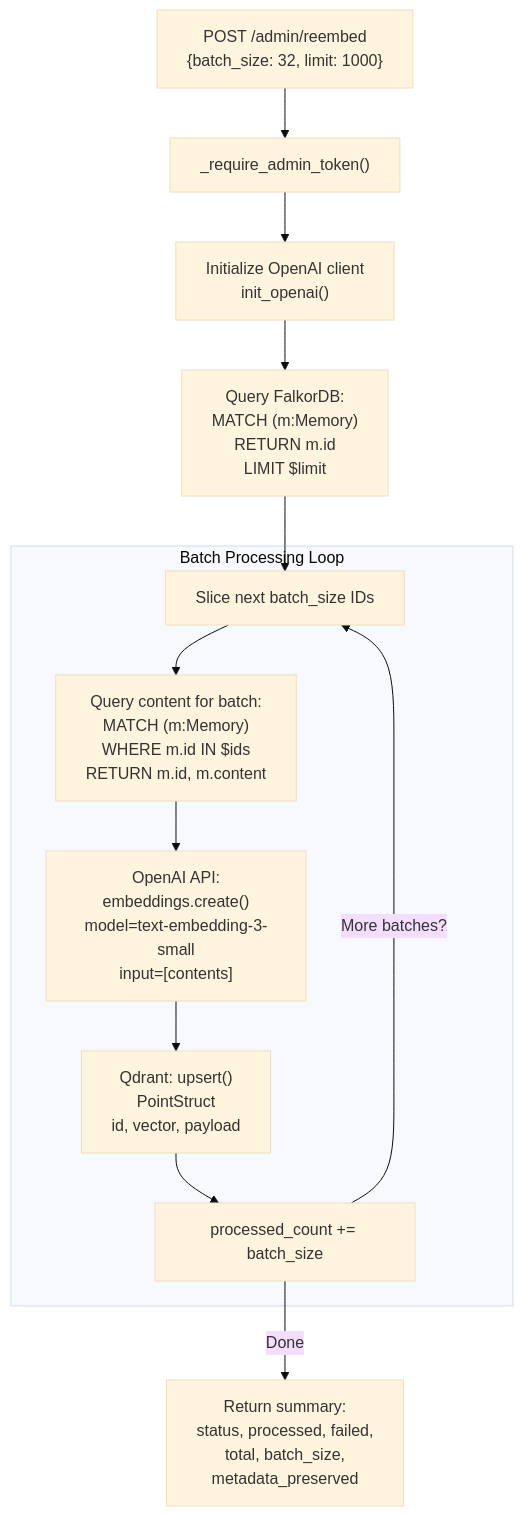
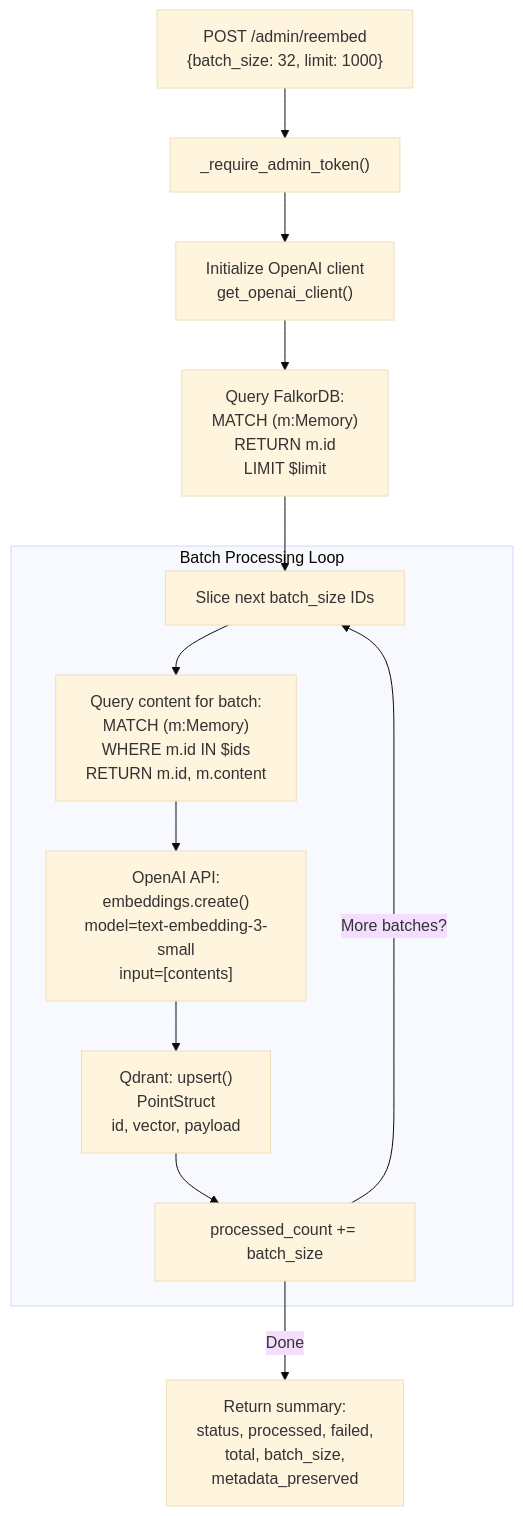
One commit to verygoodplugins/automem-website changed the third of 3 diagrams in src/content/docs/docs/reference/api/admin.md. Above: the diagram before and after it, drawn with Mermaid (base theme). The commit also changed other lines of this file, not shown here.

````diff
--- a/src/content/docs/docs/reference/api/admin.md
+++ b/src/content/docs/docs/reference/api/admin.md
@@ -240,32 +240,32 @@
 ```mermaid
 graph TB
     Request["POST /admin/reembed<br/>{batch_size: 32, limit: 1000}"]
     Auth["_require_admin_token()"]
-    Init["Initialize OpenAI client<br/>init_openai()"]
+    Init["Initialize OpenAI client<br/>get_openai_client()"]
 
     FetchIDs["Query FalkorDB:<br/>MATCH (m:Memory)<br/>RETURN m.id<br/>LIMIT $limit"]
 
     subgraph "Batch Processing Loop"
         Slice["Slice next batch_size IDs"]
         FetchContent["Query content for batch:<br/>MATCH (m:Memory)<br/>WHERE m.id IN $ids<br/>RETURN m.id, m.content"]
 
         CallOpenAI["OpenAI API:<br/>embeddings.create()<br/>model=text-embedding-3-small<br/>input=[contents]"]
 
         UpdateQdrant["Qdrant: upsert()<br/>PointStruct<br/>id, vector, payload"]
 
         IncrCount["processed_count += batch_size"]
     end
 
     Response["Return summary:<br/>status, processed, failed,<br/>total, batch_size,<br/>metadata_preserved"]
 
     Request-->Auth
     Auth-->Init
     Init-->FetchIDs
     FetchIDs-->Slice
     Slice-->FetchContent
     FetchContent-->CallOpenAI
     CallOpenAI-->UpdateQdrant
     UpdateQdrant-->IncrCount
     IncrCount-->|More batches?|Slice
     IncrCount-->|Done|Response
 ```
````
